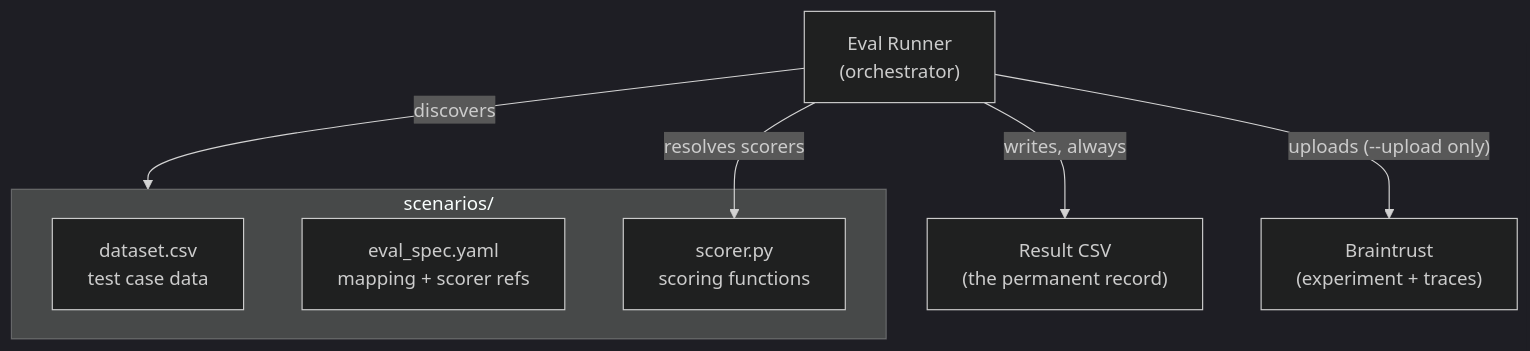
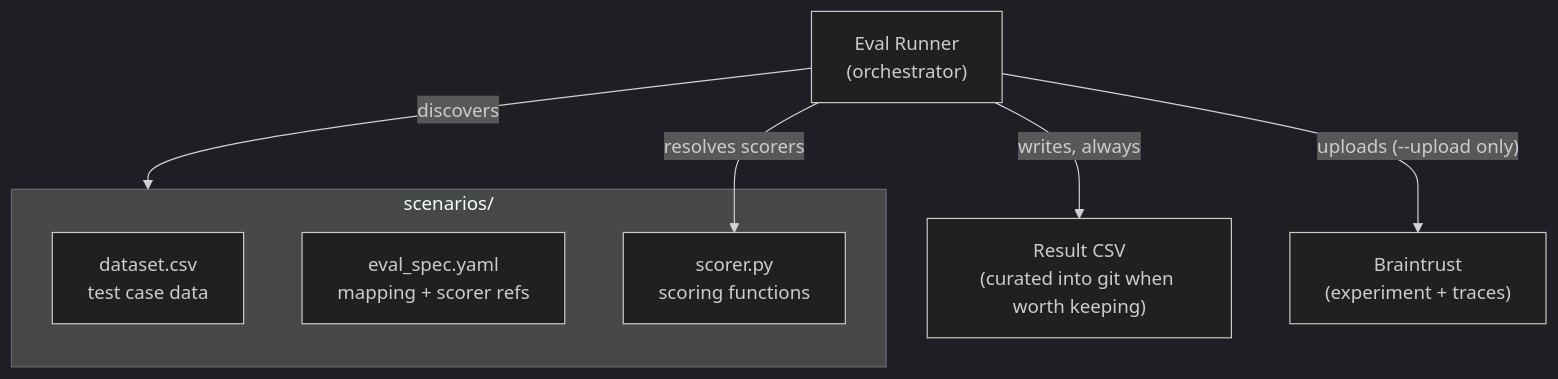
Before and after one commit to wei-yiting/fin-lab-x: the first of 3 diagrams in backend/evals/ARCHITECTURE.md, drawn with Mermaid (dark theme). The commit also changed other lines of this file and 1 other file, not shown here.

Commit message:
docs(evals): address PR review — drop unconditional 'permanent record' claim
The write_result_csv docstring and both ARCHITECTURE.md diagram nodes
called the result CSV "the permanent record" unconditionally; the default
output dir is gitignored, so a CSV only becomes the permanent record once
the operator curates it into a tracked location. Reworded all three spots
to the curated semantics.

Linear: DEV-102

````diff
--- a/backend/evals/ARCHITECTURE.md
+++ b/backend/evals/ARCHITECTURE.md
@@ -7,16 +7,16 @@
 ```mermaid
 graph TB
     Runner["Eval Runner<br/>(orchestrator)"]
 
     subgraph Scenarios["scenarios/"]
         CSV["dataset.csv<br/>test case data"]
         Config["eval_spec.yaml<br/>mapping + scorer refs"]
         Scorers["scorer.py<br/>scoring functions"]
     end
 
     Runner -->|discovers| Scenarios
     Runner -->|resolves scorers| Scorers
 
-    Runner -->|writes, always| ResultCSV["Result CSV<br/>(the permanent record)"]
+    Runner -->|writes, always| ResultCSV["Result CSV<br/>(curated into git when worth keeping)"]
     Runner -->|"uploads (--upload only)"| BT["Braintrust<br/>(experiment + traces)"]
 ```
````
